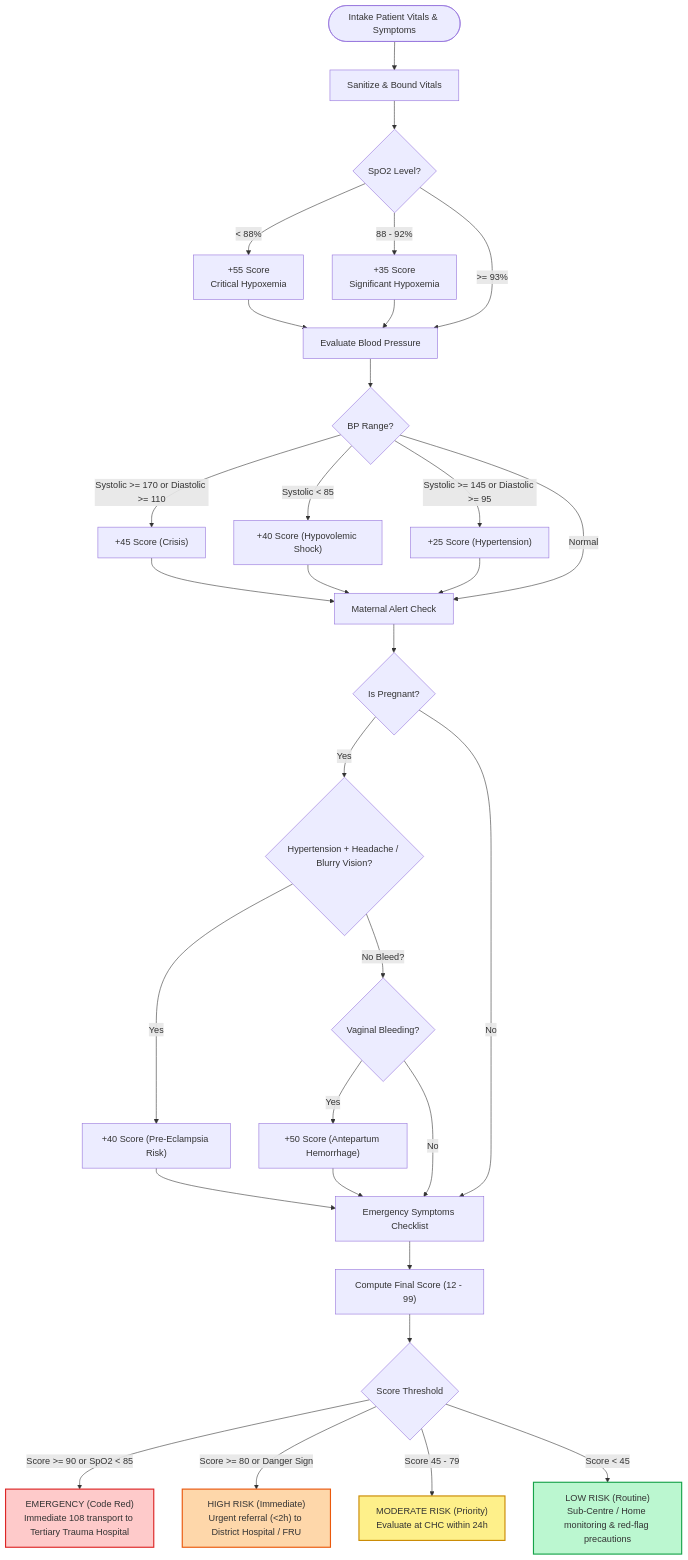
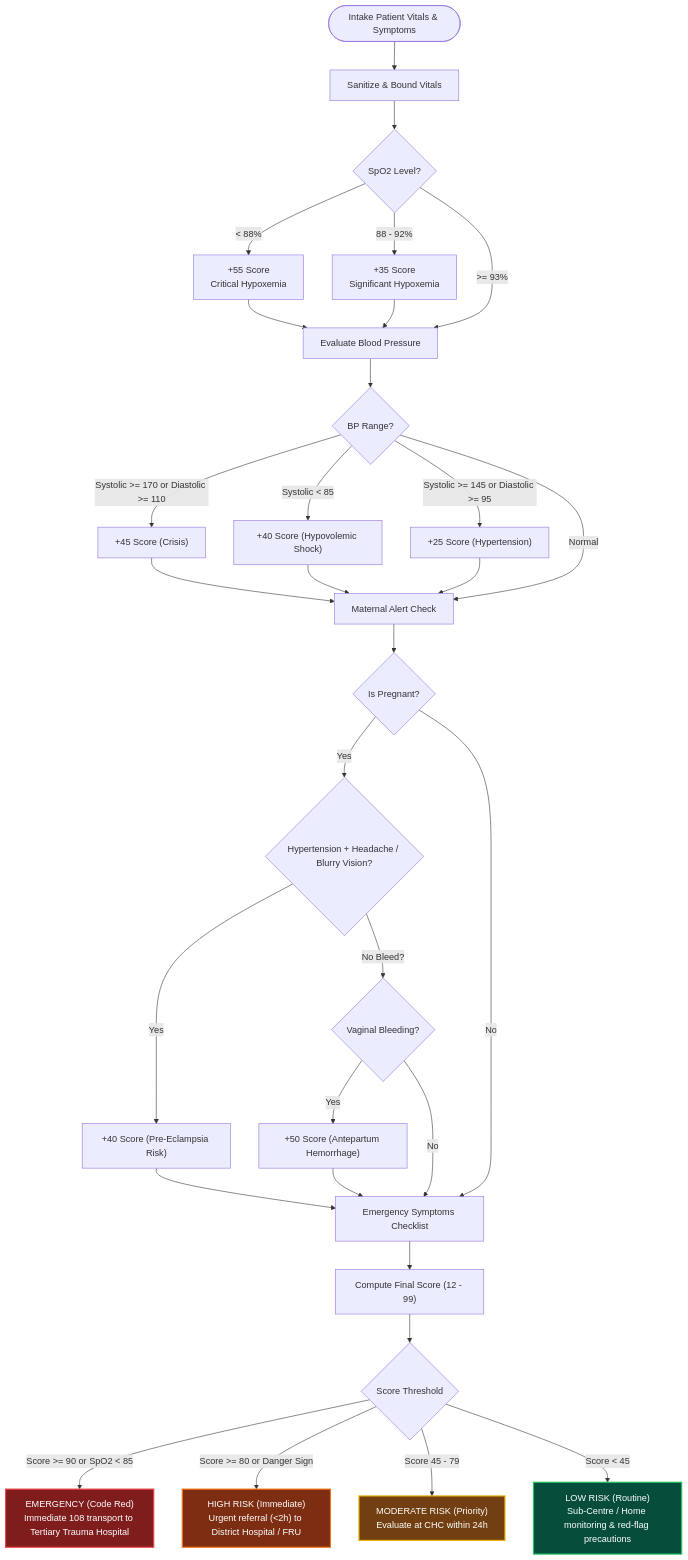
The fourth of 7 diagrams in TECHNICAL_DESIGN.md (chandra-1402/SwasthyaSetu), drawn with Mermaid before and after one commit. The commit also changed other lines of this file and 2 other files, not shown here.

Commit message:
style: enhance Mermaid diagrams with high-contrast colors and white text for GitHub dark/light mode

````diff
--- a/TECHNICAL_DESIGN.md
+++ b/TECHNICAL_DESIGN.md
@@ -139,45 +139,45 @@
 ```mermaid
 flowchart TD
     Start(["Intake Patient Vitals & Symptoms"]) --> Clean["Sanitize & Bound Vitals"]
     Clean --> CheckO2{"SpO2 Level?"}
     
     CheckO2 -- "< 88%" --> Add55["+55 Score\nCritical Hypoxemia"]
     CheckO2 -- "88 - 92%" --> Add35["+35 Score\nSignificant Hypoxemia"]
     CheckO2 -- ">= 93%" --> NextBP["Evaluate Blood Pressure"]
     
     Add55 --> NextBP
     Add35 --> NextBP
 
     NextBP --> CheckBP{"BP Range?"}
     CheckBP -- "Systolic >= 170 or Diastolic >= 110" --> BP45["+45 Score (Crisis)"]
     CheckBP -- "Systolic < 85" --> BP40["+40 Score (Hypovolemic Shock)"]
     CheckBP -- "Systolic >= 145 or Diastolic >= 95" --> BP25["+25 Score (Hypertension)"]
     CheckBP -- "Normal" --> MaternalCheck["Maternal Alert Check"]
     
     BP45 --> MaternalCheck
     BP40 --> MaternalCheck
     BP25 --> MaternalCheck
 
     MaternalCheck --> Preg{"Is Pregnant?"}
     Preg -- "Yes" --> MatAlert{"Hypertension + Headache / Blurry Vision?"}
     MatAlert -- "Yes" --> MatHigh["+40 Score (Pre-Eclampsia Risk)"]
     MatAlert -- "No Bleed?" --> CheckBleed{"Vaginal Bleeding?"}
     CheckBleed -- "Yes" --> Antepartum["+50 Score (Antepartum Hemorrhage)"]
     CheckBleed -- "No" --> EmergKeywords["Emergency Symptoms Checklist"]
     MatHigh --> EmergKeywords
     Antepartum --> EmergKeywords
     Preg -- "No" --> EmergKeywords
 
     EmergKeywords --> FinalTally["Compute Final Score (12 - 99)"]
 
     FinalTally --> ScoreEval{"Score Threshold"}
     ScoreEval -- "Score >= 90 or SpO2 < 85" --> Emergency["EMERGENCY (Code Red)\nImmediate 108 transport to Tertiary Trauma Hospital"]
     ScoreEval -- "Score >= 80 or Danger Sign" --> High["HIGH RISK (Immediate)\nUrgent referral (<2h) to District Hospital / FRU"]
     ScoreEval -- "Score 45 - 79" --> Moderate["MODERATE RISK (Priority)\nEvaluate at CHC within 24h"]
     ScoreEval -- "Score < 45" --> Low["LOW RISK (Routine)\nSub-Centre / Home monitoring & red-flag precautions"]
 
-    style Emergency fill:#fecaca,stroke:#dc2626,stroke-width:2px
-    style High fill:#fed7aa,stroke:#ea580c,stroke-width:2px
-    style Moderate fill:#fef08a,stroke:#ca8a04,stroke-width:2px
-    style Low fill:#bbf7d0,stroke:#16a34a,stroke-width:2px
+    style Emergency fill:#7f1d1d,stroke:#ef4444,stroke-width:2px,color:#ffffff
+    style High fill:#7c2d12,stroke:#f97316,stroke-width:2px,color:#ffffff
+    style Moderate fill:#713f12,stroke:#eab308,stroke-width:2px,color:#ffffff
+    style Low fill:#064e3b,stroke:#22c55e,stroke-width:2px,color:#ffffff
 ```
````
